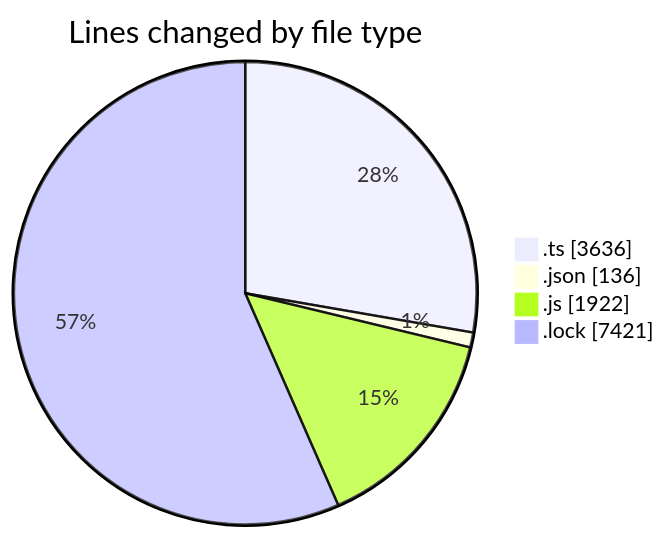
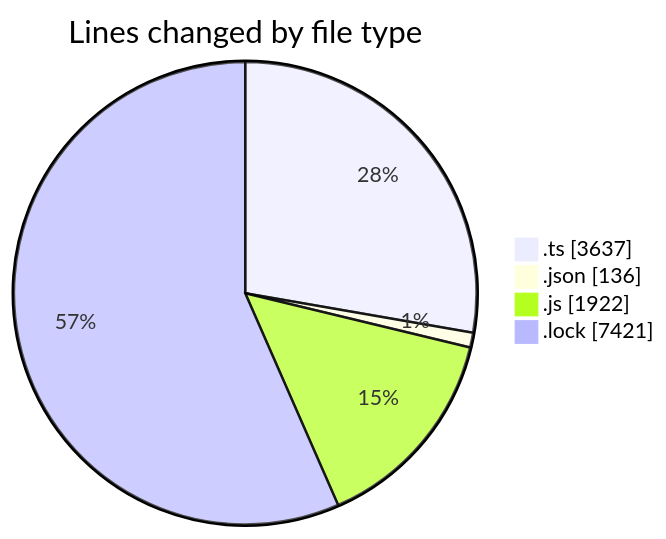
Before and after one commit to momahboobian/code-tracking: the first of 2 diagrams in 2025-07-30/cda/README.md, drawn with Mermaid. The commit also changed other lines of this file and 1 other file, not shown here.

````diff
--- a/2025-07-30/cda/README.md
+++ b/2025-07-30/cda/README.md
@@ -29,8 +29,8 @@
 ```mermaid
 pie showData
 title Lines changed by file type
-".ts" : 3636
+".ts" : 3637
 ".json" : 136
 ".js" : 1922
 ".lock" : 7421
 ```
````
